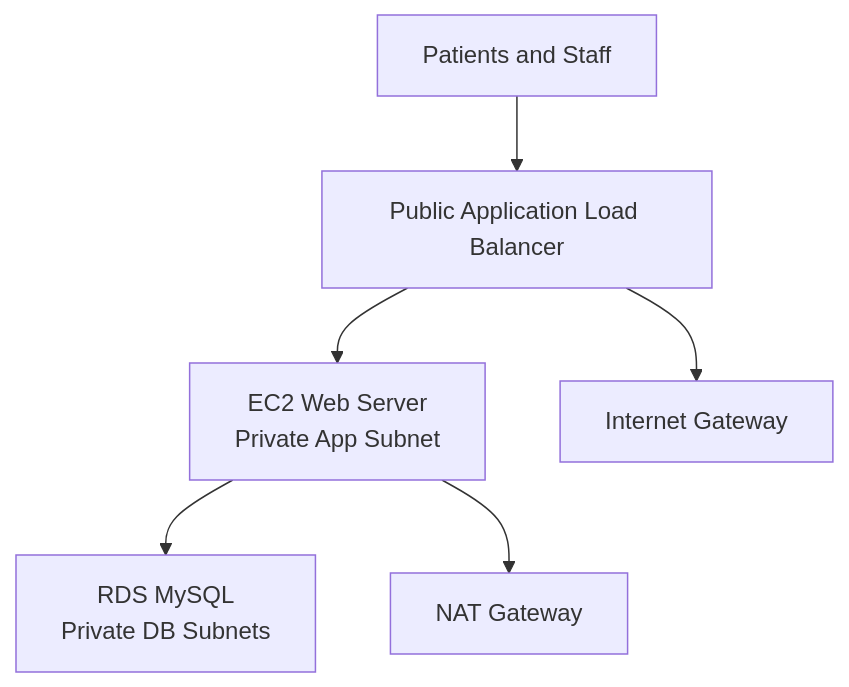
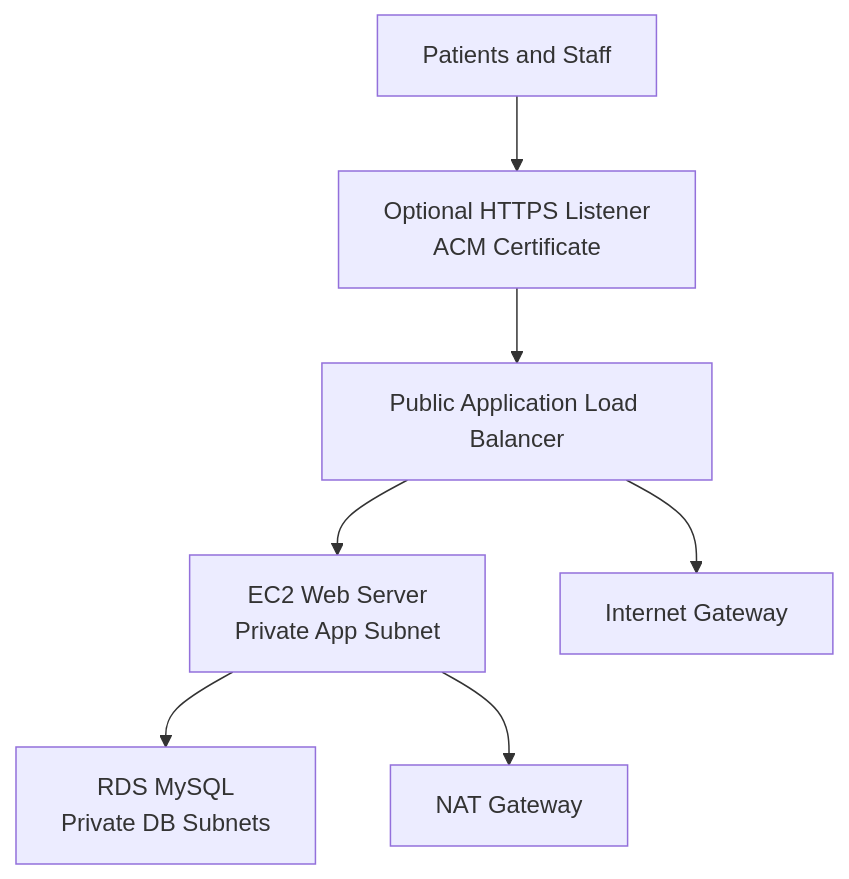
One commit to ucfavour23/medcare-appointment-booking-platform-on-aws changed the diagram in README.md. Above: the diagram before and after it, drawn with Mermaid. The commit also changed other lines of this file and 8 other files, not shown here.

````diff
--- a/README.md
+++ b/README.md
@@ -22,15 +38,17 @@
 ```mermaid
 flowchart TD
     users["Patients and Staff"]
     alb["Public Application Load Balancer"]
+    https["Optional HTTPS Listener<br/>ACM Certificate"]
     ec2["EC2 Web Server<br/>Private App Subnet"]
     rds["RDS MySQL<br/>Private DB Subnets"]
     nat["NAT Gateway"]
     internet["Internet Gateway"]
 
-    users --> alb
+    users --> https
+    https --> alb
     alb --> ec2
     ec2 --> rds
     ec2 --> nat
     alb --> internet
 ```
````
